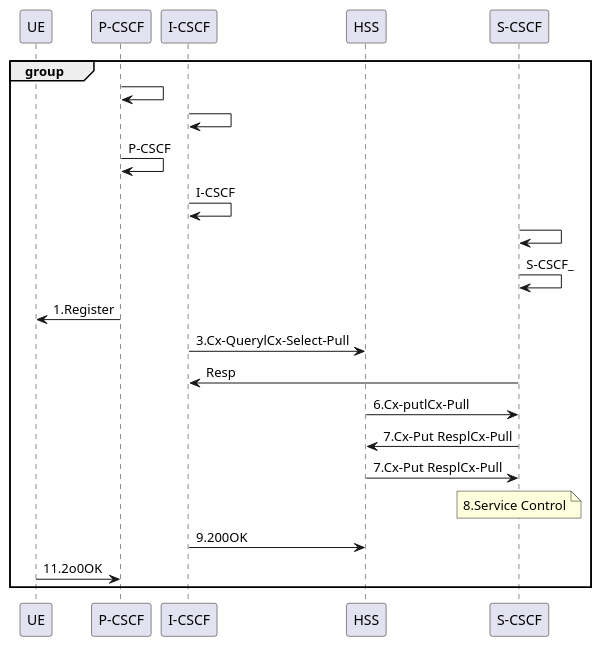
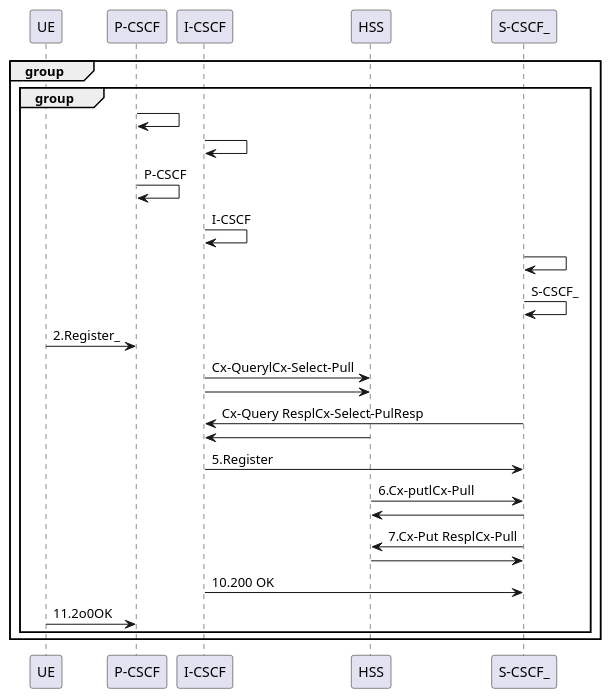
The diagram in output/3gpp23228_fig0501.puml (piyomogi1293/sequence_converter), drawn with PlantUML before and after one commit. The commit also changed 13 other files, not shown here.

```diff
--- a/output/3gpp23228_fig0501.puml
+++ b/output/3gpp23228_fig0501.puml
@@ -1,24 +1,29 @@
 @startuml
 participant "UE"
 participant "P-CSCF"
 participant "I-CSCF"
 participant "HSS"
-participant "S-CSCF"
+participant "S-CSCF_"
+group
 group
 "P-CSCF" -> "P-CSCF" : 
 "I-CSCF" -> "I-CSCF" : 
 "P-CSCF" -> "P-CSCF" : P-CSCF
 "I-CSCF" -> "I-CSCF" : I-CSCF
-"S-CSCF" -> "S-CSCF" : 
-"S-CSCF" -> "S-CSCF" : S-CSCF_
-"UE" <- "P-CSCF" : 1.Register
-"I-CSCF" -> "HSS" : 3.Cx-QuerylCx-Select-Pull
-"I-CSCF" <- "S-CSCF" : Resp
-"HSS" -> "S-CSCF" : 6.Cx-putlCx-Pull
-"HSS" <- "S-CSCF" : 7.Cx-Put ResplCx-Pull
-"HSS" -> "S-CSCF" : 7.Cx-Put ResplCx-Pull
-note over "S-CSCF" : 8.Service Control
-"I-CSCF" -> "HSS" : 9.200OK
+"S-CSCF_" -> "S-CSCF_" : 
+"S-CSCF_" -> "S-CSCF_" : S-CSCF_
+"UE" -> "P-CSCF" : 2.Register_
+"I-CSCF" -> "HSS" : Cx-QuerylCx-Select-Pull
+"I-CSCF" -> "HSS" : 
+"I-CSCF" <- "S-CSCF_" : Cx-Query ResplCx-Select-PulResp
+"I-CSCF" <- "HSS" : 
+"I-CSCF" -> "S-CSCF_" : 5.Register
+"HSS" -> "S-CSCF_" : 6.Cx-putlCx-Pull
+"HSS" <- "S-CSCF_" : 
+"HSS" <- "S-CSCF_" : 7.Cx-Put ResplCx-Pull
+"HSS" -> "S-CSCF_" : 
+"I-CSCF" -> "S-CSCF_" : 10.200 OK
 "UE" -> "P-CSCF" : 11.2o0OK
 end
+end
 @enduml
```
